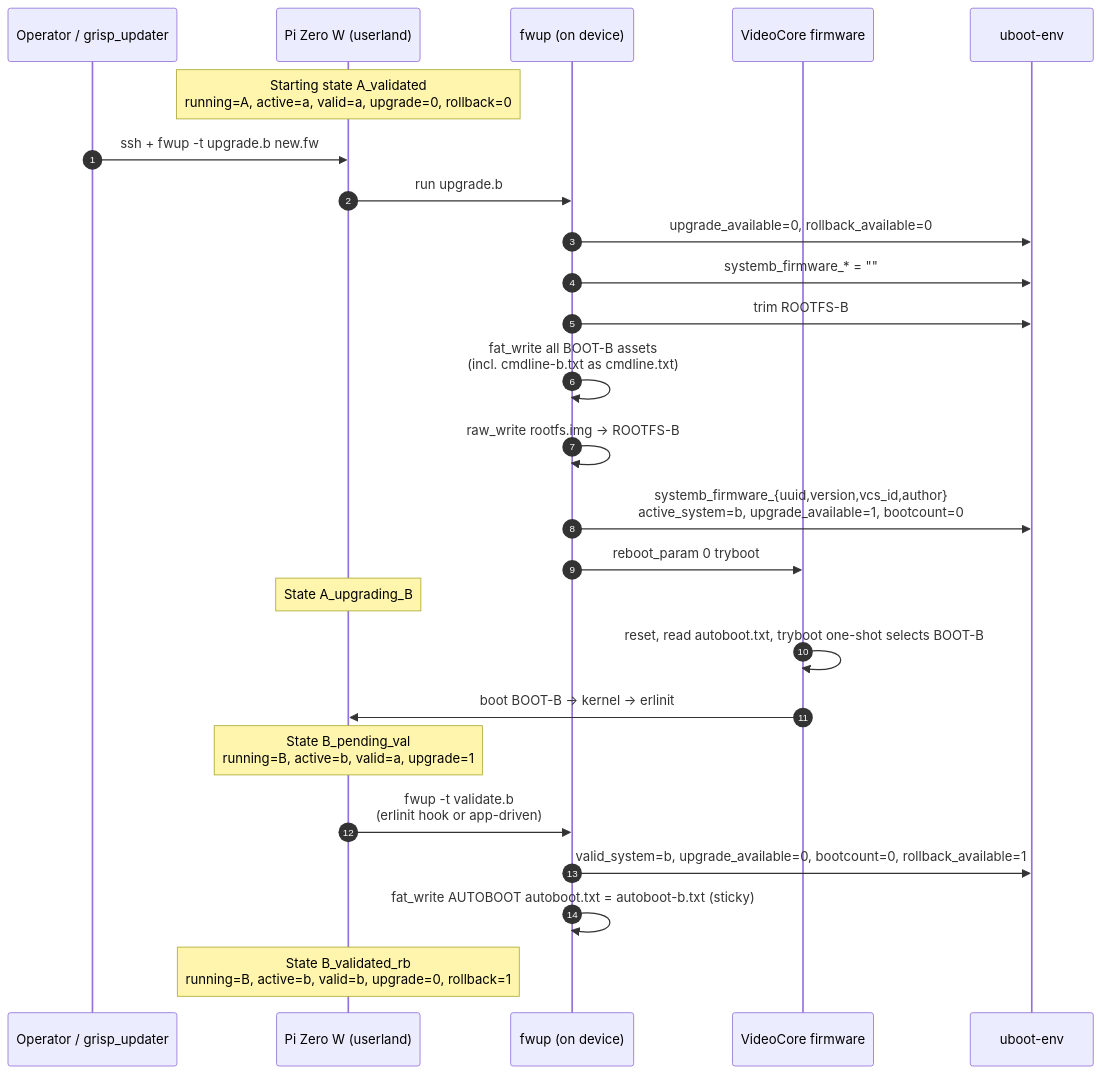
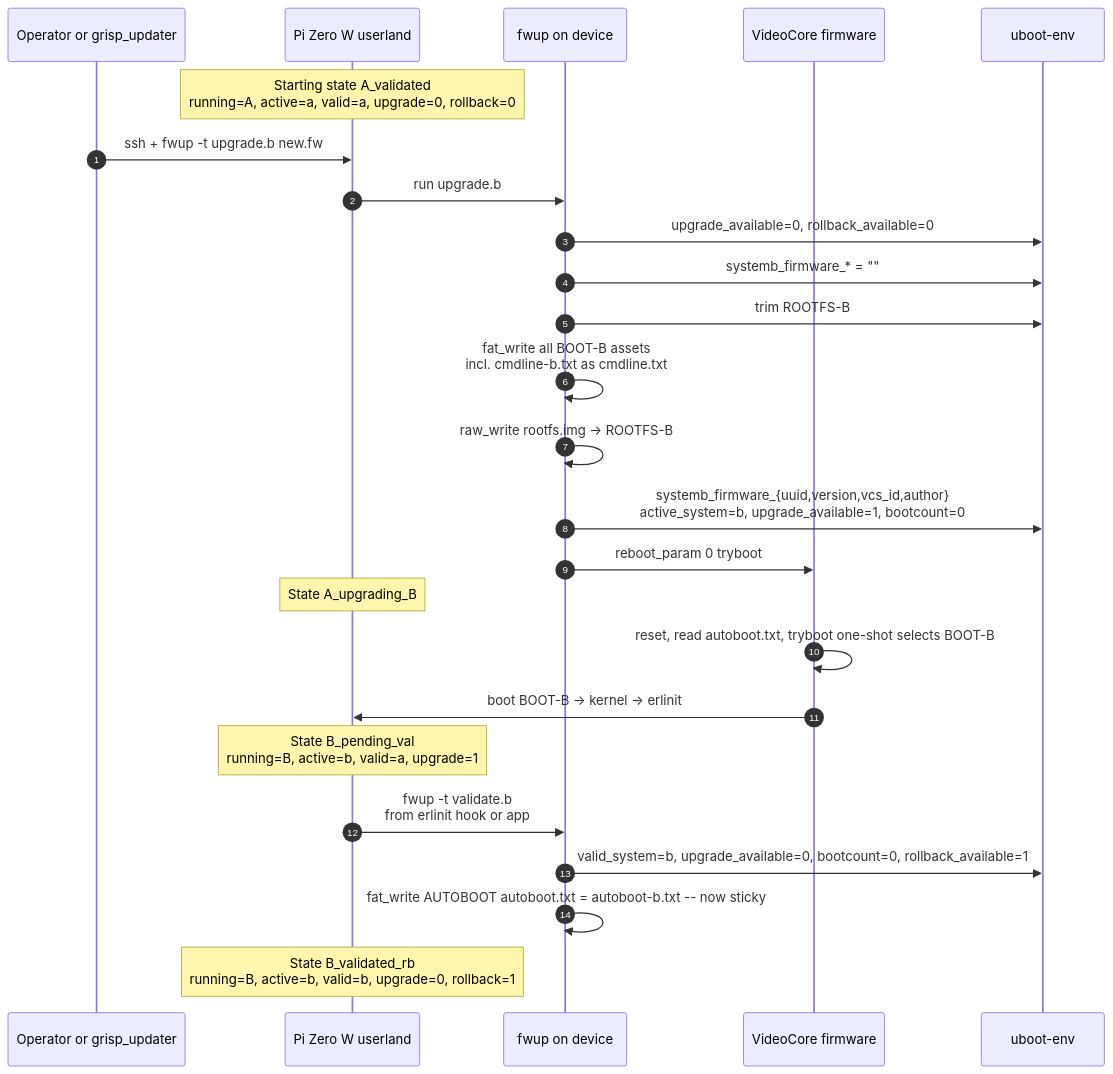
One commit to grisp/grisp_alloy changed the fifth of 7 diagrams in docs/system_rpi0w.md. Above: the diagram before and after it, drawn with Mermaid. The commit also changed other lines of this file, not shown here.

Commit message:
Fix mermaid sequence diagram

````diff
--- a/docs/system_rpi0w.md
+++ b/docs/system_rpi0w.md
@@ -248,28 +248,28 @@
 ```mermaid
 sequenceDiagram
     autonumber
-    participant user as Operator / grisp_updater
-    participant device as Pi Zero W (userland)
-    participant fwup as fwup (on device)
+    participant user as Operator or grisp_updater
+    participant device as Pi Zero W userland
+    participant fwup as fwup on device
     participant gpu as VideoCore firmware
     participant env as uboot-env
 
     Note over device: Starting state A_validated<br/>running=A, active=a, valid=a, upgrade=0, rollback=0
     user->>device: ssh + fwup -t upgrade.b new.fw
     device->>fwup: run upgrade.b
     fwup->>env: upgrade_available=0, rollback_available=0
     fwup->>env: systemb_firmware_* = ""
     fwup->>env: trim ROOTFS-B
-    fwup->>fwup: fat_write all BOOT-B assets<br/>(incl. cmdline-b.txt as cmdline.txt)
+    fwup->>fwup: fat_write all BOOT-B assets<br/>incl. cmdline-b.txt as cmdline.txt
     fwup->>fwup: raw_write rootfs.img -> ROOTFS-B
     fwup->>env: systemb_firmware_{uuid,version,vcs_id,author}<br/>active_system=b, upgrade_available=1, bootcount=0
     fwup->>gpu: reboot_param 0 tryboot
     Note over device: State A_upgrading_B
     gpu->>gpu: reset, read autoboot.txt, tryboot one-shot selects BOOT-B
     gpu->>device: boot BOOT-B -> kernel -> erlinit
     Note over device: State B_pending_val<br/>running=B, active=b, valid=a, upgrade=1
-    device->>fwup: fwup -t validate.b<br/>(erlinit hook or app-driven)
+    device->>fwup: fwup -t validate.b<br/>from erlinit hook or app
     fwup->>env: valid_system=b, upgrade_available=0, bootcount=0, rollback_available=1
-    fwup->>fwup: fat_write AUTOBOOT autoboot.txt = autoboot-b.txt (sticky)
+    fwup->>fwup: fat_write AUTOBOOT autoboot.txt = autoboot-b.txt -- now sticky
     Note over device: State B_validated_rb<br/>running=B, active=b, valid=b, upgrade=0, rollback=1
 ```
````
